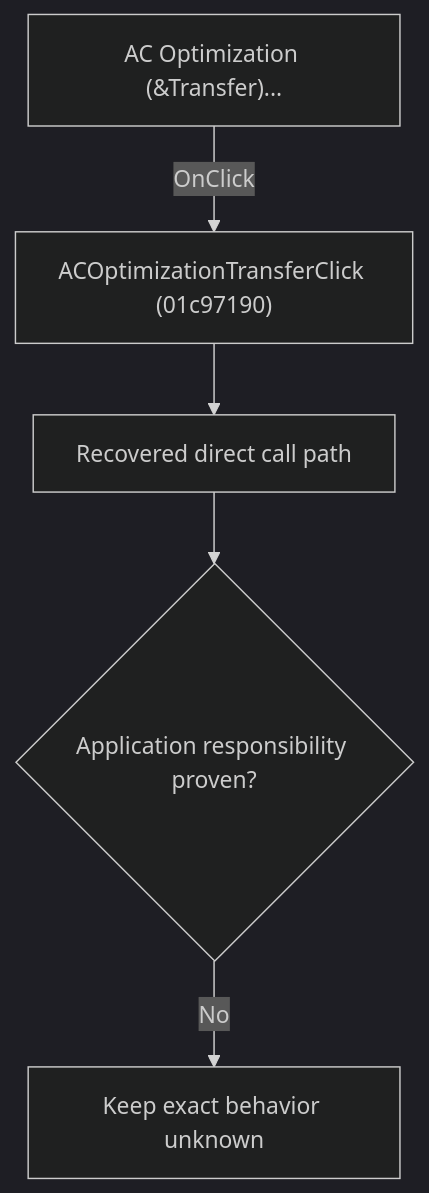
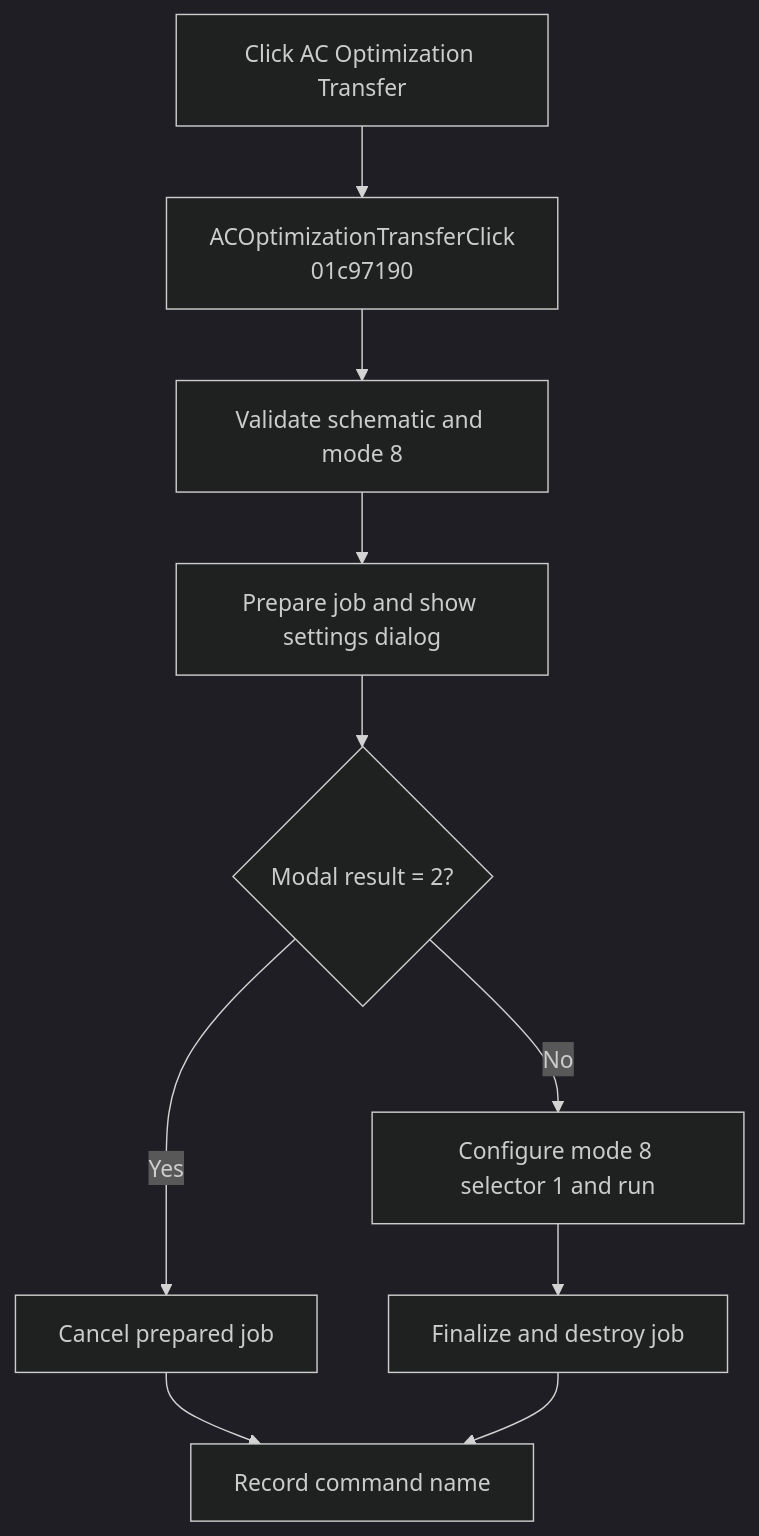
One commit to MovGP0/TIARA changed the diagram in docs/ui-controls/schematiceditor/acoptimizationtransfer-a064a546e8.md. Above: the diagram before and after it, drawn with Mermaid (dark theme). The commit also changed other lines of this file and 241 other files, not shown here.

````diff
--- a/docs/ui-controls/schematiceditor/acoptimizationtransfer-a064a546e8.md
+++ b/docs/ui-controls/schematiceditor/acoptimizationtransfer-a064a546e8.md
@@ -27,7 +29,12 @@
 ```mermaid
 flowchart TD
-    control["AC Optimization (&Transfer)..."] -->|"OnClick"| handler["ACOptimizationTransferClick (01c97190)"]
-    handler --> recovered["Recovered direct call path"]
-    recovered --> gap{"Application responsibility proven?"}
-    gap -->|"No"| blocked["Keep exact behavior unknown"]
+    control["Click AC Optimization Transfer"] --> handler["ACOptimizationTransferClick<br/>01c97190"]
+    handler --> validate["Validate schematic and mode 8"]
+    validate --> dialog["Prepare job and show settings dialog"]
+    dialog --> accepted{"Modal result = 2?"}
+    accepted -->|Yes| cancel["Cancel prepared job"]
+    accepted -->|No| run["Configure mode 8 selector 1 and run"]
+    cancel --> record["Record command name"]
+    run --> cleanup["Finalize and destroy job"]
+    cleanup --> record
 ```
````
